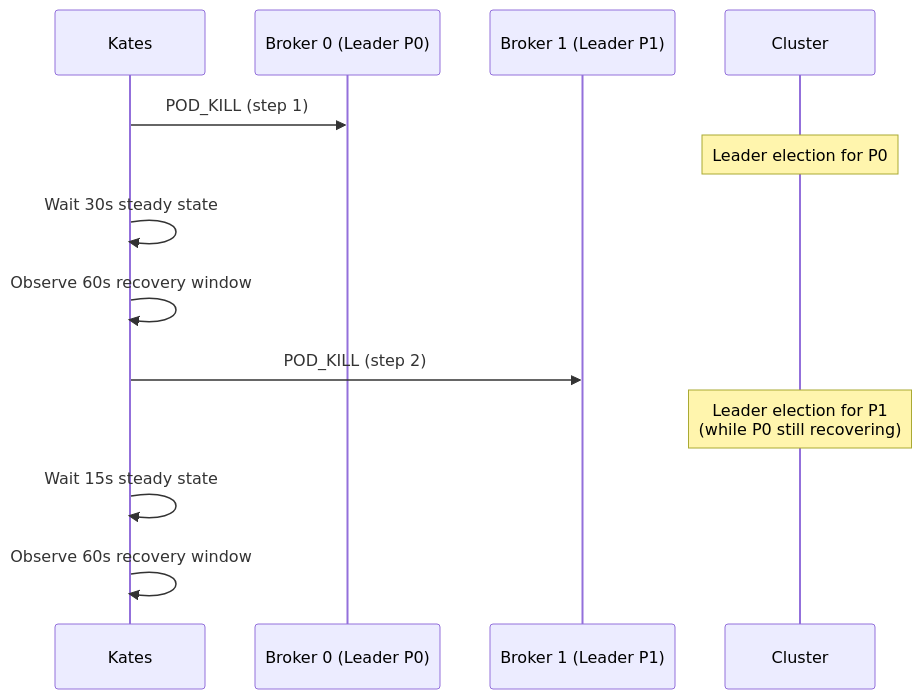
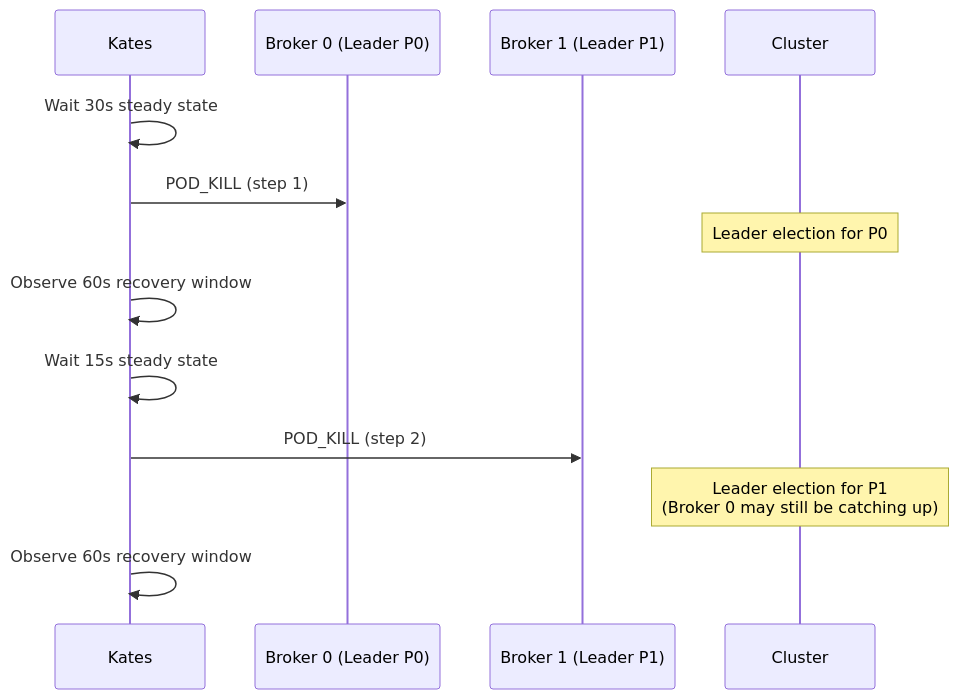
The third of 9 diagrams in docs/book/07-chaos-practice.md (actions-marketplace-validations/bmscomp_kates), drawn with Mermaid before and after one commit. The commit also changed other lines of this file and 1 other file, not shown here.

````diff
--- a/docs/book/07-chaos-practice.md
+++ b/docs/book/07-chaos-practice.md
@@ -142,17 +142,17 @@
 ```mermaid
 sequenceDiagram
     participant Kates
     participant Broker0 as Broker 0 (Leader P0)
     participant Broker1 as Broker 1 (Leader P1)
     participant Cluster
     
+    Kates->>Kates: Wait 30s steady state
     Kates->>Broker0: POD_KILL (step 1)
     Note over Cluster: Leader election for P0
-    Kates->>Kates: Wait 30s steady state
     Kates->>Kates: Observe 60s recovery window
     
+    Kates->>Kates: Wait 15s steady state
     Kates->>Broker1: POD_KILL (step 2)
-    Note over Cluster: Leader election for P1<br/>(while P0 still recovering)
-    Kates->>Kates: Wait 15s steady state
+    Note over Cluster: Leader election for P1<br/>(Broker 0 may still be catching up)
     Kates->>Kates: Observe 60s recovery window
 ```
````
